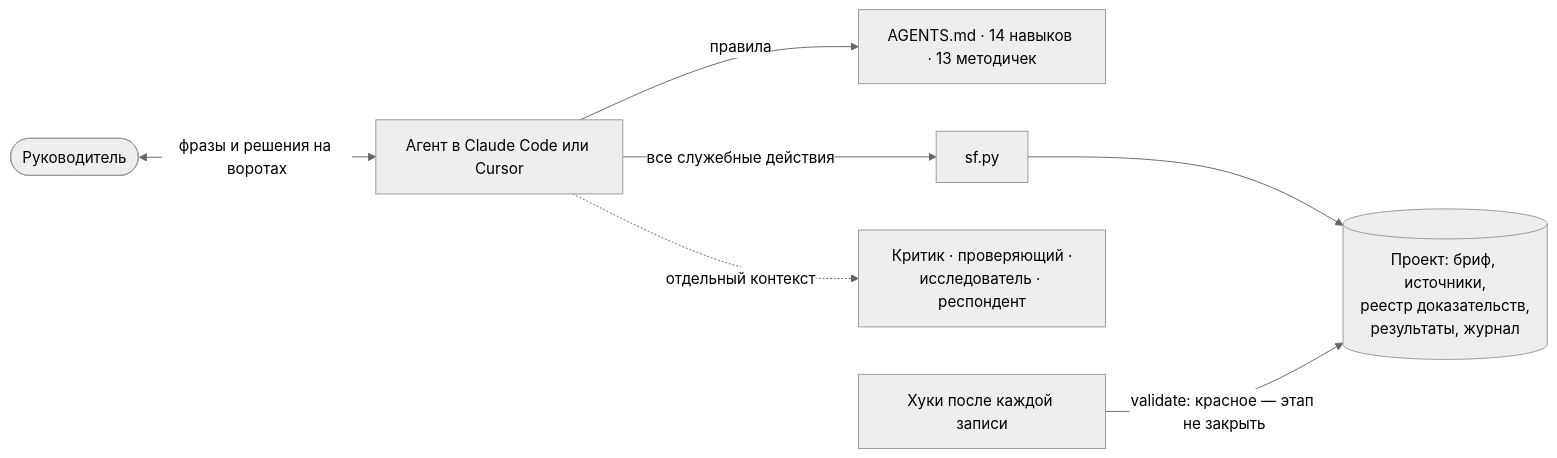
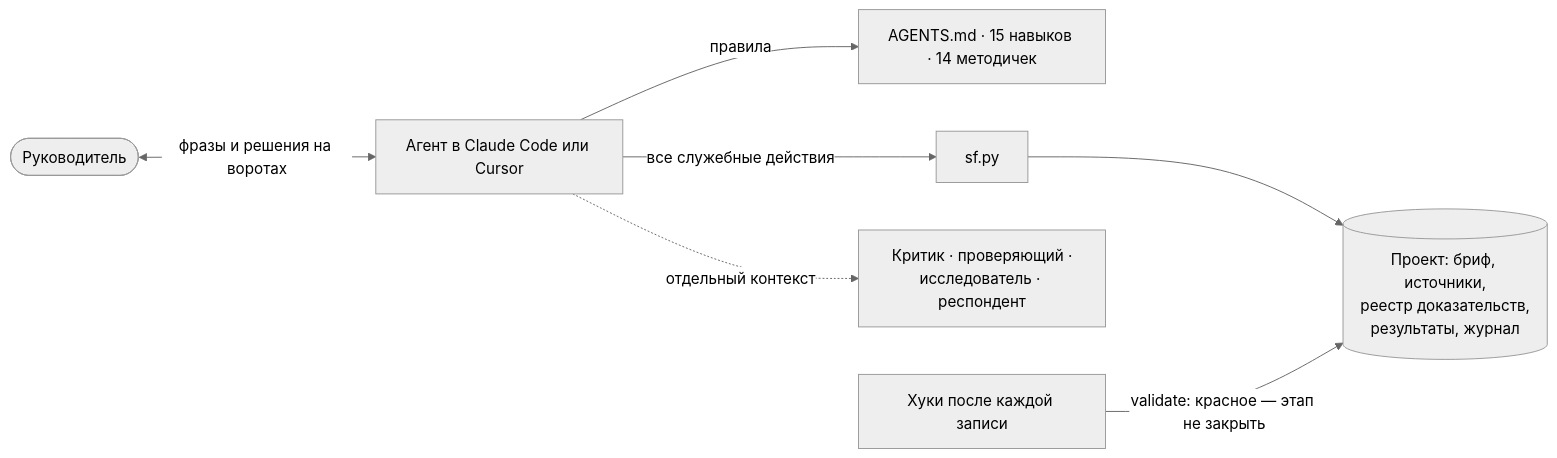
Before and after one commit to marrxse/product-factory-strategist: the diagram in README.md, drawn with Mermaid (neutral theme). The commit also changed other lines of this file and 45 other files, not shown here.

````diff
--- a/README.md
+++ b/README.md
@@ -94,9 +94,9 @@
 ```mermaid
 flowchart LR
     H([Руководитель]) <-->|фразы и решения на воротах| A[Агент в Claude Code или Cursor]
-    A -->|правила| R[AGENTS.md · 14 навыков · 13 методичек]
+    A -->|правила| R[AGENTS.md · 15 навыков · 14 методичек]
     A -->|все служебные действия| S[sf.py]
     S --> P[(Проект: бриф, источники,<br/>реестр доказательств,<br/>результаты, журнал)]
     A -.->|отдельный контекст| C[Критик · проверяющий ·<br/>исследователь · респондент]
     K[Хуки после каждой записи] -->|validate: красное — этап не закрыть| P
 ```
````
